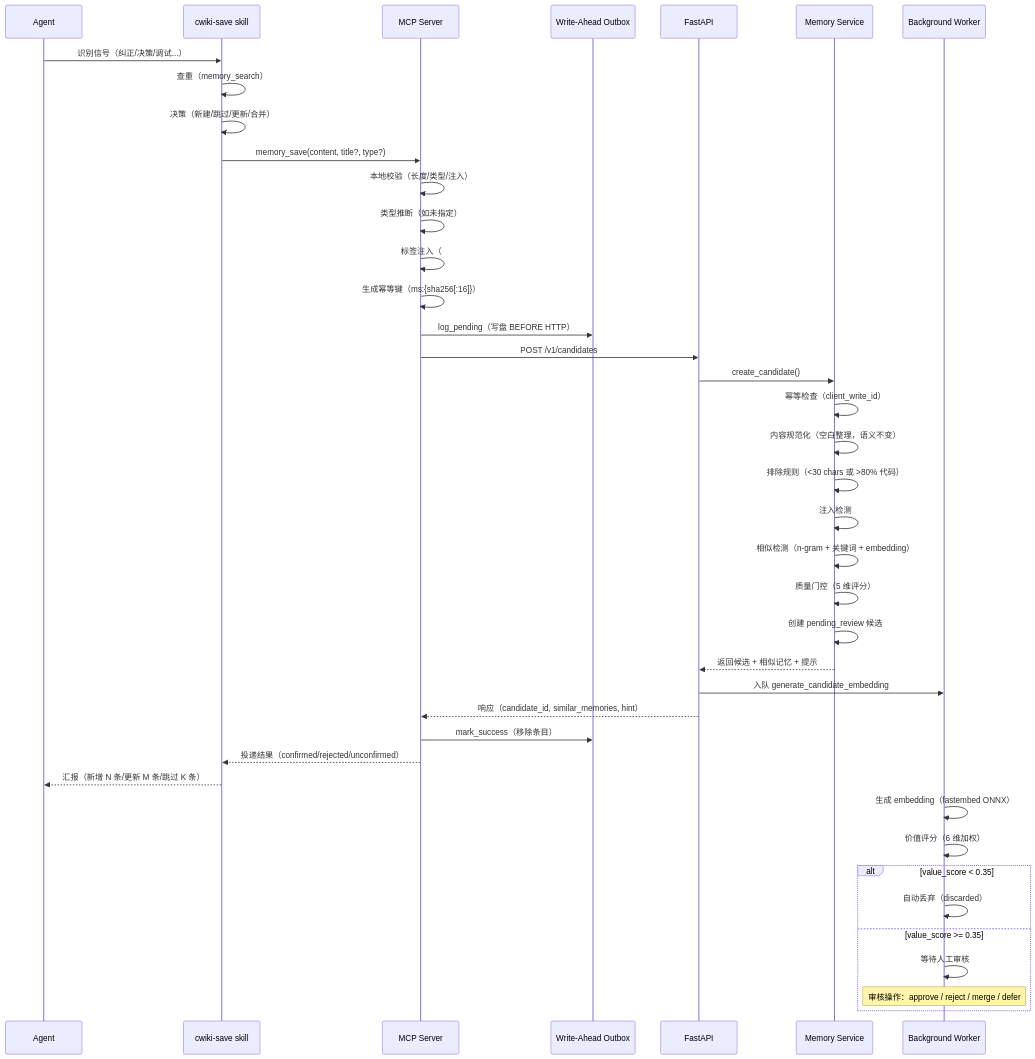
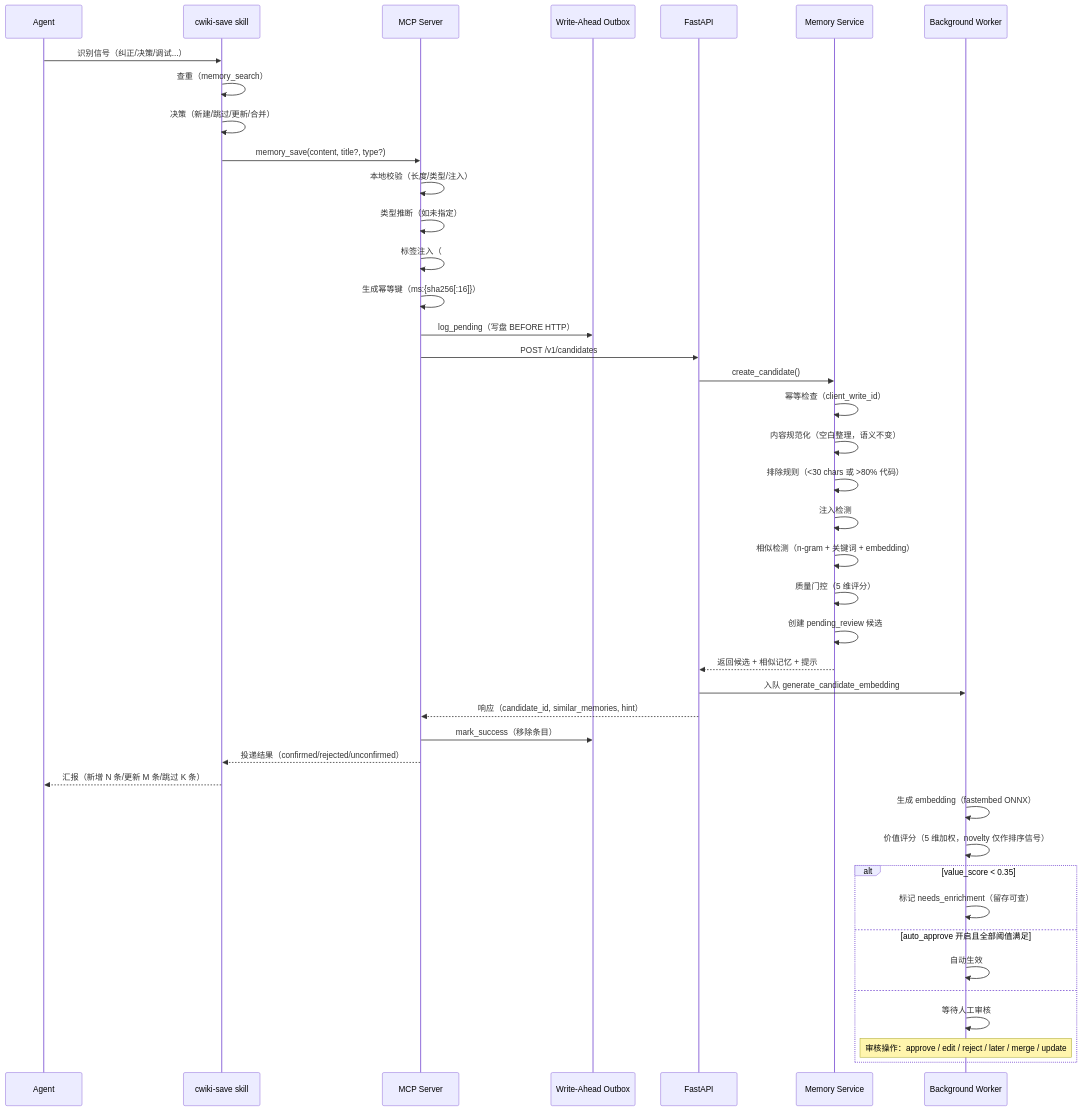
The first of 4 diagrams in docs/memory-system.md (Chance-Wu/cwiki), drawn with Mermaid before and after one commit. The commit also changed other lines of this file and 17 other files, not shown here.

````diff
--- a/docs/memory-system.md
+++ b/docs/memory-system.md
@@ -5,50 +5,52 @@
 ```mermaid
 sequenceDiagram
     participant Agent
     participant Skill as cwiki-save skill
     participant MCP as MCP Server
     participant Outbox as Write-Ahead Outbox
     participant API as FastAPI
     participant Service as Memory Service
     participant Worker as Background Worker
 
     Agent->>Skill: 识别信号（纠正/决策/调试...）
     Skill->>Skill: 查重（memory_search）
     Skill->>Skill: 决策（新建/跳过/更新/合并）
     Skill->>MCP: memory_save(content, title?, type?)
     
     MCP->>MCP: 本地校验（长度/类型/注入）
     MCP->>MCP: 类型推断（如未指定）
     MCP->>MCP: 标签注入（#memory/{type} #memory/{workspace}）
     MCP->>MCP: 生成幂等键（ms:{sha256[:16]}）
     
     MCP->>Outbox: log_pending（写盘 BEFORE HTTP）
     MCP->>API: POST /v1/candidates
     
     API->>Service: create_candidate()
     Service->>Service: 幂等检查（client_write_id）
     Service->>Service: 内容规范化（空白整理，语义不变）
     Service->>Service: 排除规则（<30 chars 或 >80% 代码）
     Service->>Service: 注入检测
     Service->>Service: 相似检测（n-gram + 关键词 + embedding）
     Service->>Service: 质量门控（5 维评分）
     Service->>Service: 创建 pending_review 候选
     Service-->>API: 返回候选 + 相似记忆 + 提示
     
     API->>Worker: 入队 generate_candidate_embedding
     API-->>MCP: 响应（candidate_id, similar_memories, hint）
     
     MCP->>Outbox: mark_success（移除条目）
     MCP-->>Skill: 投递结果（confirmed/rejected/unconfirmed）
     Skill-->>Agent: 汇报（新增 N 条/更新 M 条/跳过 K 条）
     
     Worker->>Worker: 生成 embedding（fastembed ONNX）
-    Worker->>Worker: 价值评分（6 维加权）
-    
+    Worker->>Worker: 价值评分（5 维加权，novelty 仅作排序信号）
+
     alt value_score < 0.35
-        Worker->>Worker: 自动丢弃（discarded）
-    else value_score >= 0.35
+        Worker->>Worker: 标记 needs_enrichment（留存可查）
+    else auto_approve 开启且全部阈值满足
+        Worker->>Worker: 自动生效
+    else
         Worker->>Worker: 等待人工审核
-        Note over Worker: 审核操作：approve / reject / merge / defer
+        Note over Worker: 审核操作：approve / edit / reject / later / merge / update
     end
 ```
````
